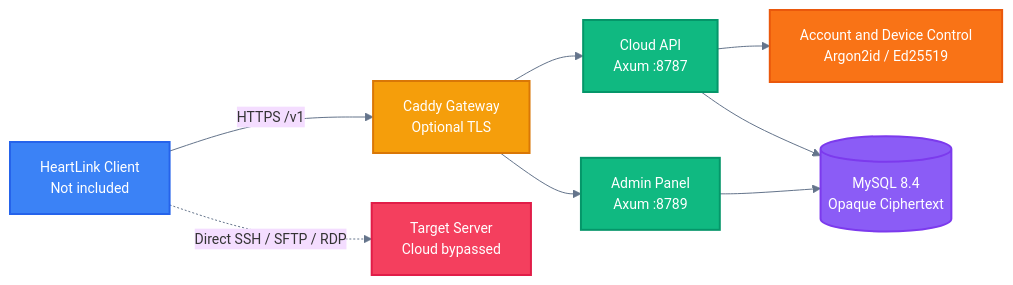
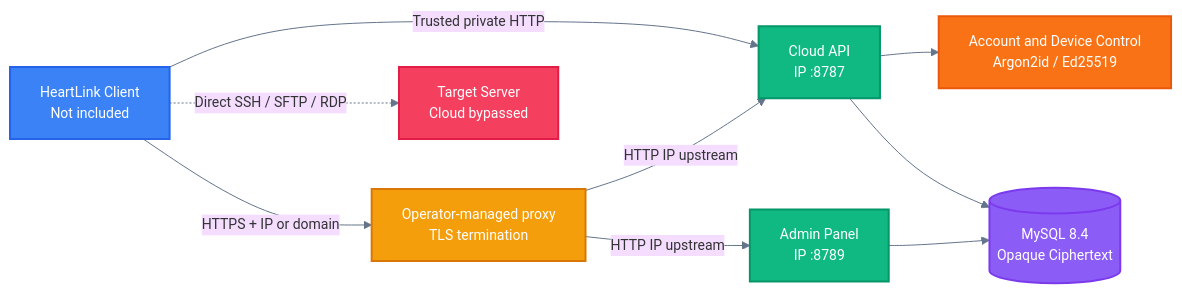
One commit to HEARTHROBXD/HeartLink-Self-Hosted changed the diagram in README.en.md. Above: the diagram before and after it, drawn with Mermaid. The commit also changed other lines of this file and 3 other files, not shown here.

````diff
--- a/README.en.md
+++ b/README.en.md
@@ -100,25 +108,26 @@
 ```mermaid
 %%{init: {'theme': 'base', 'themeVariables': {'fontSize': '14px', 'lineColor': '#64748B'}}}%%
 graph LR
-    A[HeartLink Client<br/>Not included] -->|HTTPS /v1| B[Caddy Gateway<br/>Optional TLS]
-    B --> C[Cloud API<br/>Axum :8787]
-    B --> D[Admin Panel<br/>Axum :8789]
+    A[HeartLink Client<br/>Not included] -->|Trusted private HTTP| C[Cloud API<br/>IP :8787]
+    A -->|HTTPS + IP or domain| B[Operator-managed proxy<br/>TLS termination]
+    B -->|HTTP IP upstream| C
+    B -->|HTTP IP upstream| D[Admin Panel<br/>IP :8789]
     C --> E[Account and Device Control<br/>Argon2id / Ed25519]
     C --> F[(MySQL 8.4<br/>Opaque Ciphertext)]
     D --> F
     A -. Direct SSH / SFTP / RDP .-> G[Target Server<br/>Cloud bypassed]
 
     classDef client fill:#3B82F6,stroke:#2563EB,color:#fff,stroke-width:2px
     classDef gateway fill:#F59E0B,stroke:#D97706,color:#fff,stroke-width:2px
     classDef service fill:#10B981,stroke:#059669,color:#fff,stroke-width:2px
     classDef auth fill:#F97316,stroke:#EA580C,color:#fff,stroke-width:2px
     classDef data fill:#8B5CF6,stroke:#7C3AED,color:#fff,stroke-width:2px
     classDef external fill:#F43F5E,stroke:#E11D48,color:#fff,stroke-width:2px
 
     class A client
     class B gateway
     class C,D service
     class E auth
     class F data
     class G external
 ```
````
